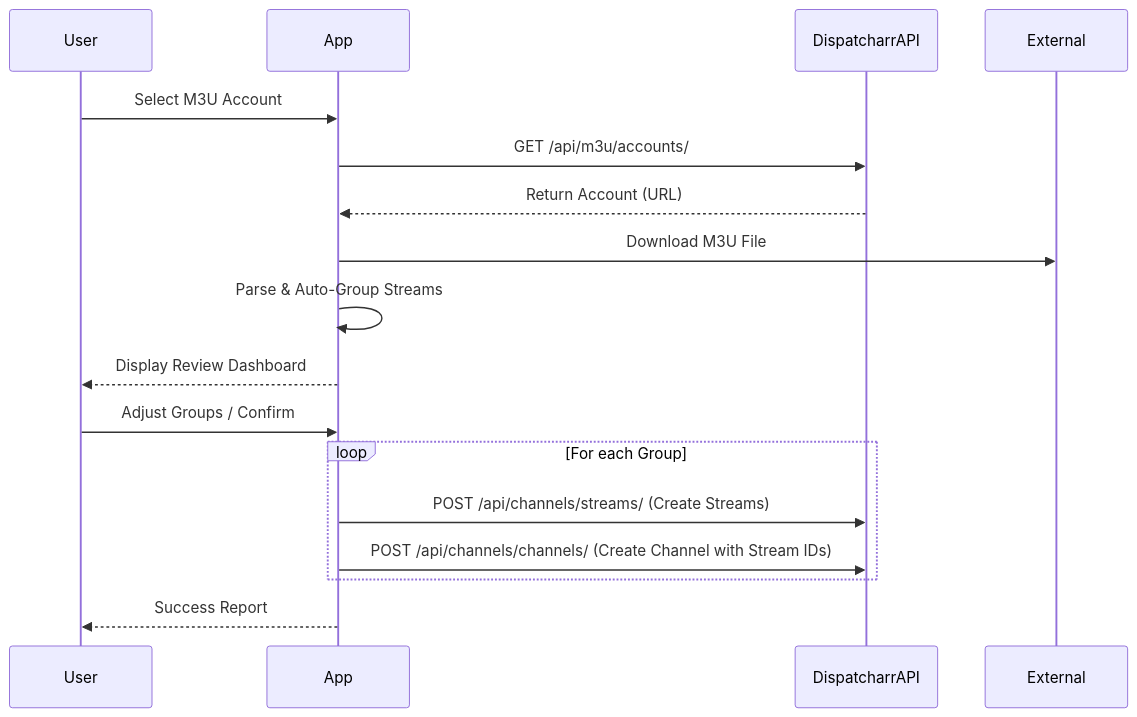
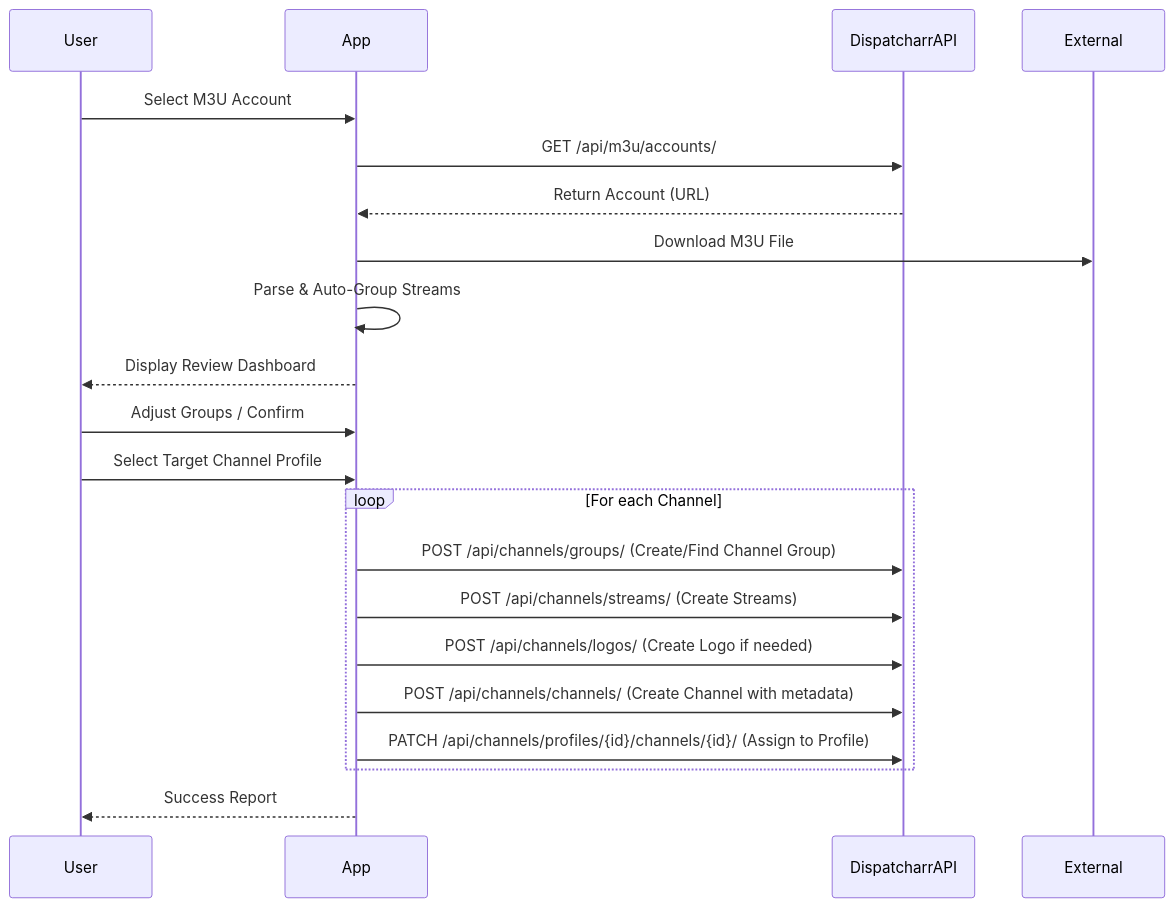
One commit to 2025devproton/smart-m3u-manager changed the diagram in docs/SPECIFICATION.md. Above: the diagram before and after it, drawn with Mermaid. The commit also changed other lines of this file and 3 other files, not shown here.

Commit message:
feat: Implement initial project specification, Dispatcharr API schema, and core API/SyncView components.

````diff
--- a/docs/SPECIFICATION.md
+++ b/docs/SPECIFICATION.md
@@ -52,19 +66,23 @@
 ```mermaid
 sequenceDiagram
     participant User
     participant App
     participant DispatcharrAPI
 
     User->>App: Select M3U Account
     App->>DispatcharrAPI: GET /api/m3u/accounts/
     DispatcharrAPI-->>App: Return Account (URL)
     App->>External: Download M3U File
     App->>App: Parse & Auto-Group Streams
     App-->>User: Display Review Dashboard
     User->>App: Adjust Groups / Confirm
-    loop For each Group
+    User->>App: Select Target Channel Profile
+    loop For each Channel
+        App->>DispatcharrAPI: POST /api/channels/groups/ (Create/Find Channel Group)
         App->>DispatcharrAPI: POST /api/channels/streams/ (Create Streams)
-        App->>DispatcharrAPI: POST /api/channels/channels/ (Create Channel with Stream IDs)
+        App->>DispatcharrAPI: POST /api/channels/logos/ (Create Logo if needed)
+        App->>DispatcharrAPI: POST /api/channels/channels/ (Create Channel with metadata)
+        App->>DispatcharrAPI: PATCH /api/channels/profiles/{id}/channels/{id}/ (Assign to Profile)
     end
     App-->>User: Success Report
 ```
````
